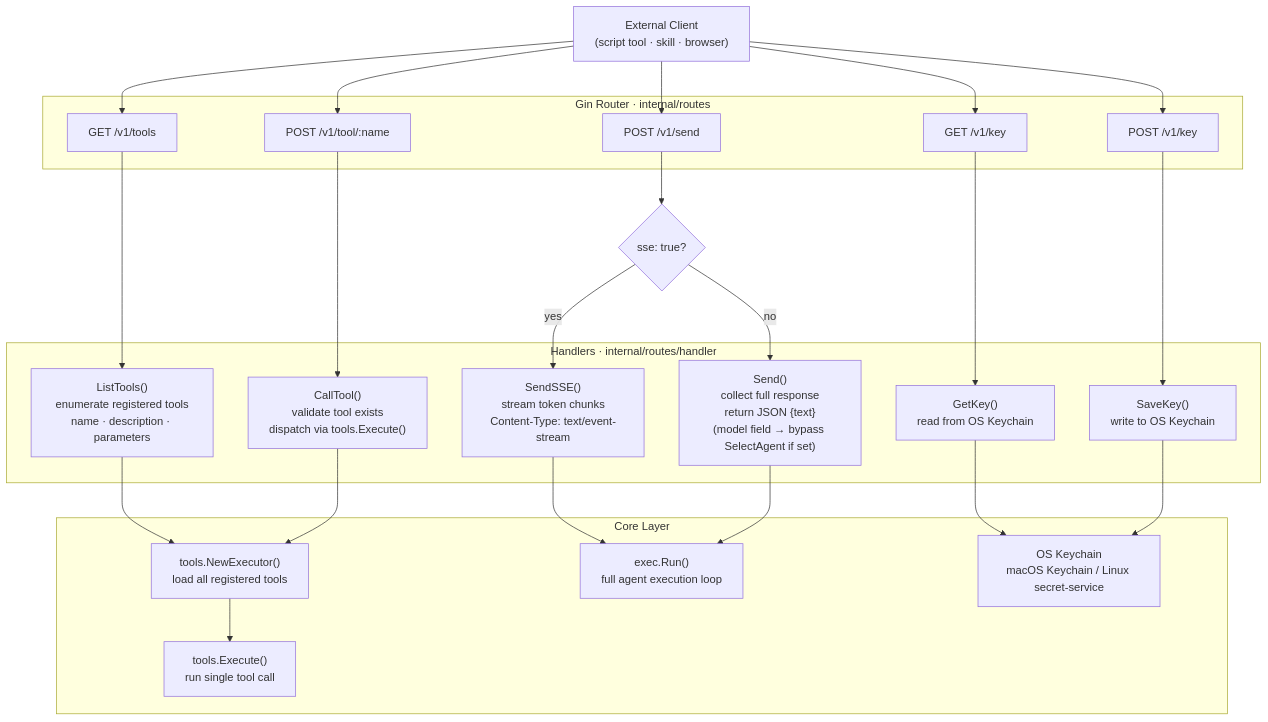
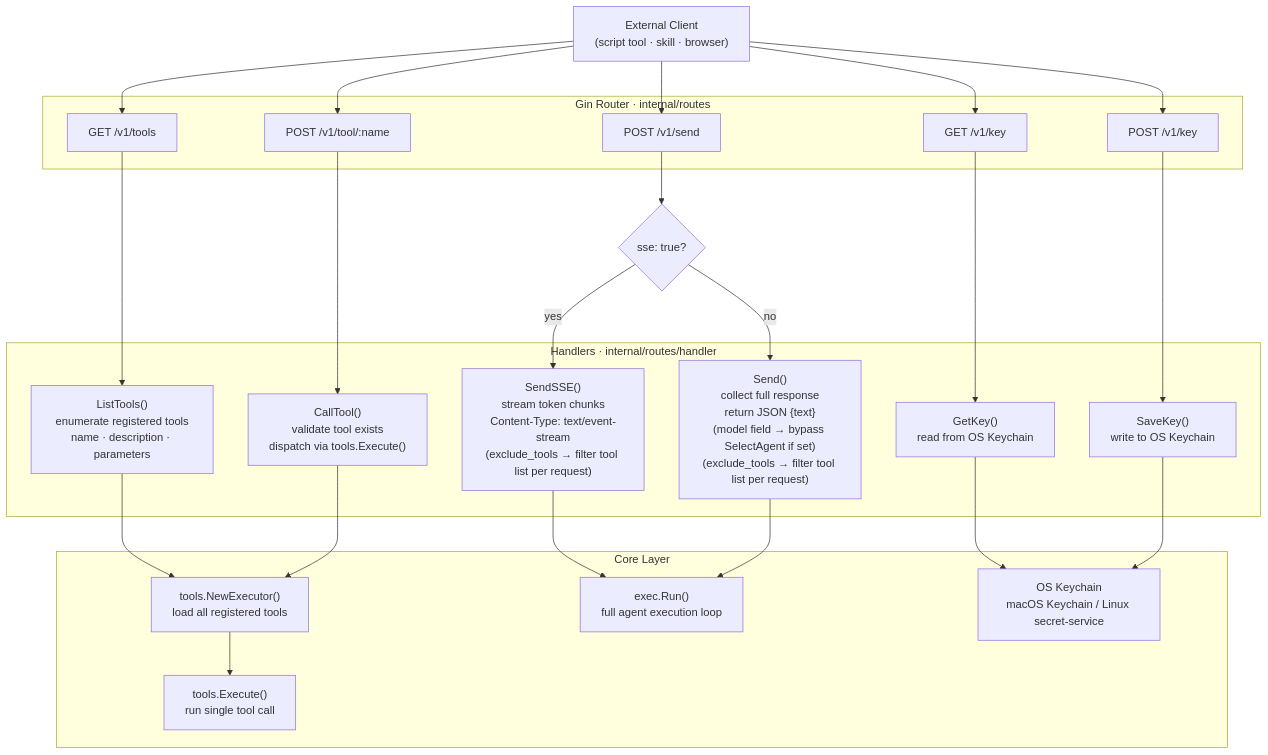
The seventh of 7 diagrams in doc/architecture.md (pardnchiu/Agenvoy), drawn with Mermaid before and after one commit. The commit also changed other lines of this file and 5 other files, not shown here.

Commit message:
release: v0.17.3 Add deferred tool loading via a `search_tools` mechanism

````diff
--- a/doc/architecture.md
+++ b/doc/architecture.md
@@ -301,46 +306,46 @@
 ```mermaid
 flowchart TD
     Client["External Client\n(script tool · skill · browser)"]
 
     subgraph Router ["Gin Router · internal/routes"]
         R1["GET  /v1/tools"]
         R2["POST /v1/tool/:name"]
         R3["POST /v1/send"]
         R4["GET  /v1/key"]
         R5["POST /v1/key"]
     end
 
     subgraph Handlers ["Handlers · internal/routes/handler"]
         H1["ListTools()\nenumerate registered tools\nname · description · parameters"]
         H2["CallTool()\nvalidate tool exists\ndispatch via tools.Execute()"]
-        H3SSE["SendSSE()\nstream token chunks\nContent-Type: text/event-stream"]
-        H3JSON["Send()\ncollect full response\nreturn JSON {text}\n(model field → bypass SelectAgent if set)"]
+        H3SSE["SendSSE()\nstream token chunks\nContent-Type: text/event-stream\n(exclude_tools → filter tool list per request)"]
+        H3JSON["Send()\ncollect full response\nreturn JSON {text}\n(model field → bypass SelectAgent if set)\n(exclude_tools → filter tool list per request)"]
         H4["GetKey()\nread from OS Keychain"]
         H5["SaveKey()\nwrite to OS Keychain"]
     end
 
     subgraph Core ["Core Layer"]
         Executor["tools.NewExecutor()\nload all registered tools"]
         Execute["tools.Execute()\nrun single tool call"]
         Run["exec.Run()\nfull agent execution loop"]
         KC["OS Keychain\nmacOS Keychain / Linux secret-service"]
     end
 
     SSECheck{"sse: true?"}
 
     Client --> R1 & R2 & R3 & R4 & R5
     R1 --> H1
     R2 --> H2
     R3 --> SSECheck
     SSECheck -->|"yes"| H3SSE
     SSECheck -->|"no"| H3JSON
     R4 --> H4
     R5 --> H5
 
     H1 --> Executor
     H2 --> Executor --> Execute
     H3SSE --> Run
     H3JSON --> Run
     H4 --> KC
     H5 --> KC
 ```
````
